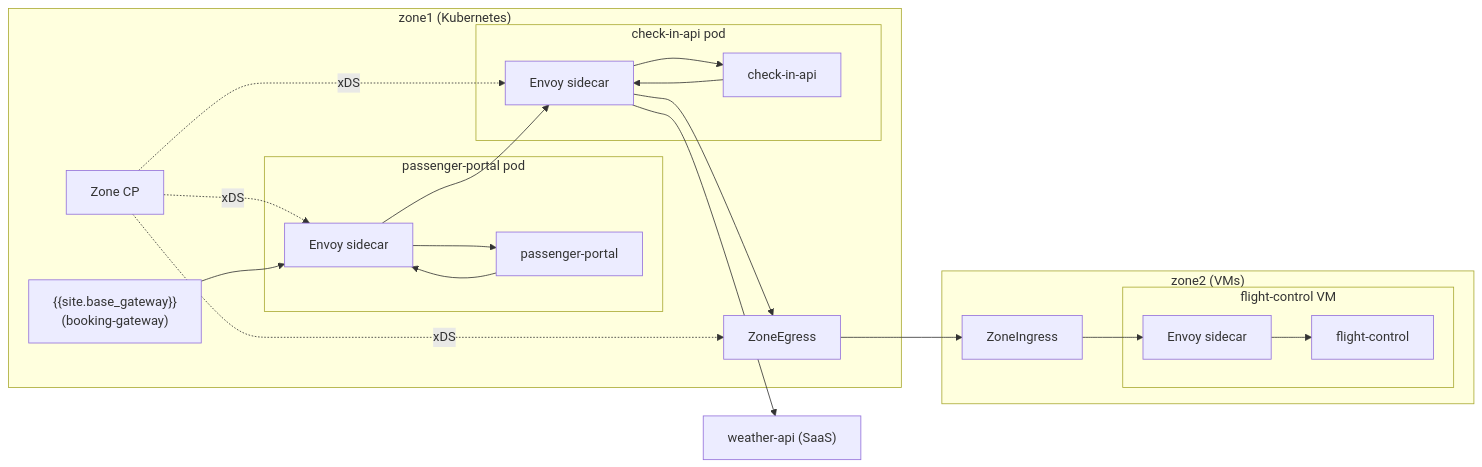
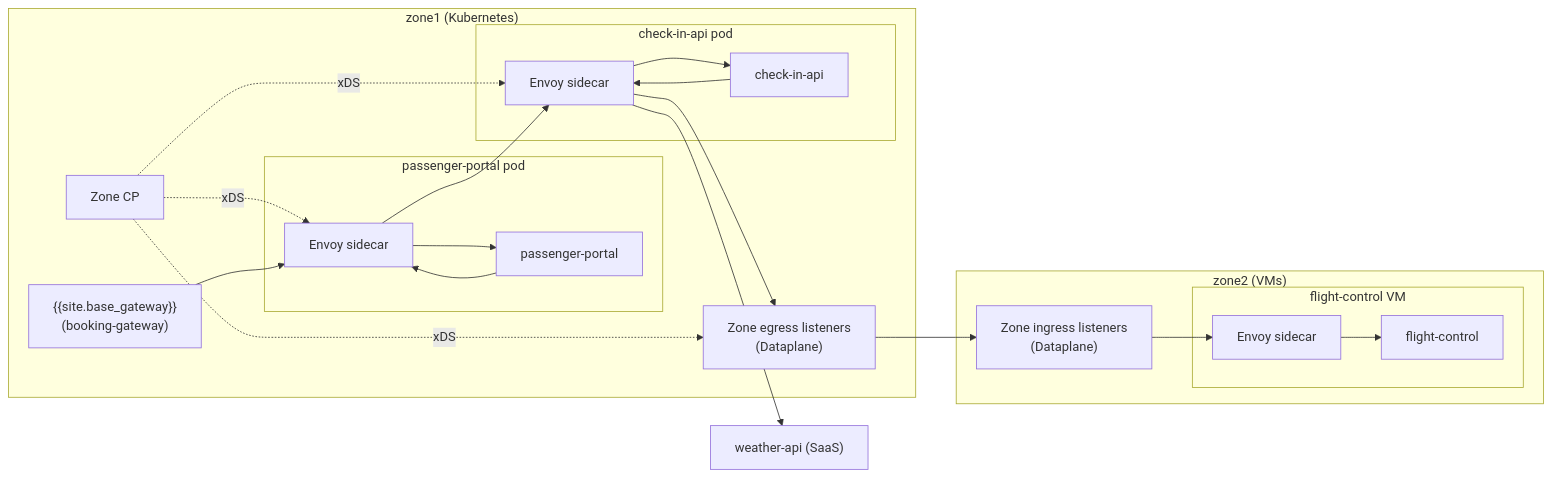
Before and after one commit to Kong/developer.konghq.com: the second of 2 diagrams in app/mesh/architecture-overview.md, drawn with Mermaid. The commit also changed other lines of this file and 28 other files, not shown here.

```diff
--- a/app/mesh/architecture-overview.md
+++ b/app/mesh/architecture-overview.md
@@ -101,40 +101,40 @@
 {% mermaid %}
 flowchart LR
     subgraph ZoneEast["zone1 (Kubernetes)"]
         ZECP["Zone CP"]
         KG["{{site.base_gateway}}<br/>(booking-gateway)"]
         subgraph PPSvc["passenger-portal pod"]
             PP_App["passenger-portal"]
             PP_Envoy["Envoy sidecar"]
         end
         subgraph CISvc["check-in-api pod"]
             CI_App["check-in-api"]
             CI_Envoy["Envoy sidecar"]
         end
-        ZE_East["ZoneEgress"]
+        ZE_East["Zone egress listeners<br/>(Dataplane)"]
     end
     subgraph ZoneWest["zone2 (VMs)"]
-        ZI_West["ZoneIngress"]
+        ZI_West["Zone ingress listeners<br/>(Dataplane)"]
         subgraph FCSvc["flight-control VM"]
             FC_App["flight-control"]
             FC_Envoy["Envoy sidecar"]
         end
     end
     EXT["weather-api (SaaS)"]
 
     ZECP -.->|xDS| PP_Envoy
     ZECP -.->|xDS| CI_Envoy
     ZECP -.->|xDS| ZE_East
 
     KG --> PP_Envoy
     PP_Envoy --> PP_App
     PP_App --> PP_Envoy
     PP_Envoy --> CI_Envoy
     CI_Envoy --> CI_App
     CI_App --> CI_Envoy
     CI_Envoy --> ZE_East
     ZE_East --> ZI_West
     ZI_West --> FC_Envoy
     FC_Envoy --> FC_App
     CI_Envoy --> EXT
 {% endmermaid %}
```
